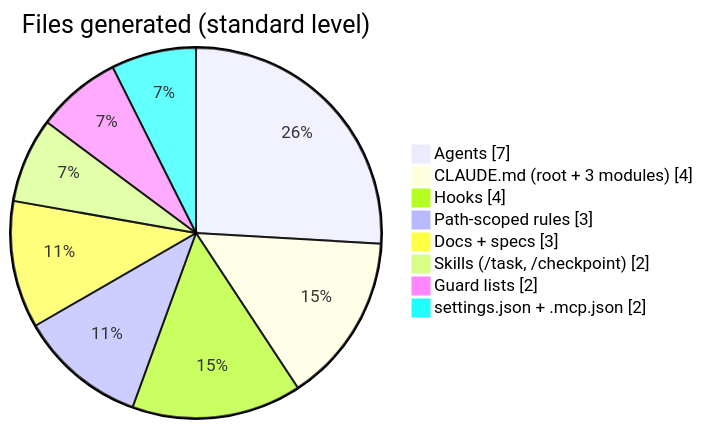
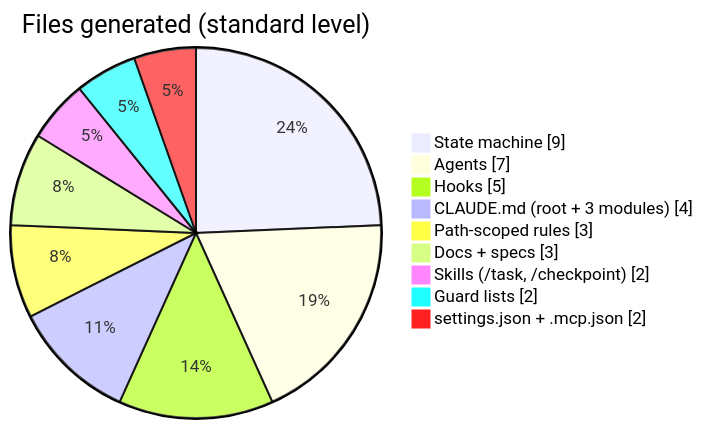
The third of 3 diagrams in README.md (sarveshtalele/claude-project-setup), drawn with Mermaid before and after one commit. The commit also changed other lines of this file and 49 other files, not shown here.

First line of the commit message:
feat: state machines with user-sourced approvals (roadmap P1-P2)

````diff
--- a/README.md
+++ b/README.md
@@ -108,12 +109,13 @@
 ```mermaid
 pie showData
     title Files generated (standard level)
+    "State machine" : 9
     "Agents" : 7
+    "Hooks" : 5
     "CLAUDE.md (root + 3 modules)" : 4
-    "Hooks" : 4
     "Path-scoped rules" : 3
     "Docs + specs" : 3
     "Skills (/task, /checkpoint)" : 2
     "Guard lists" : 2
     "settings.json + .mcp.json" : 2
 ```
````
